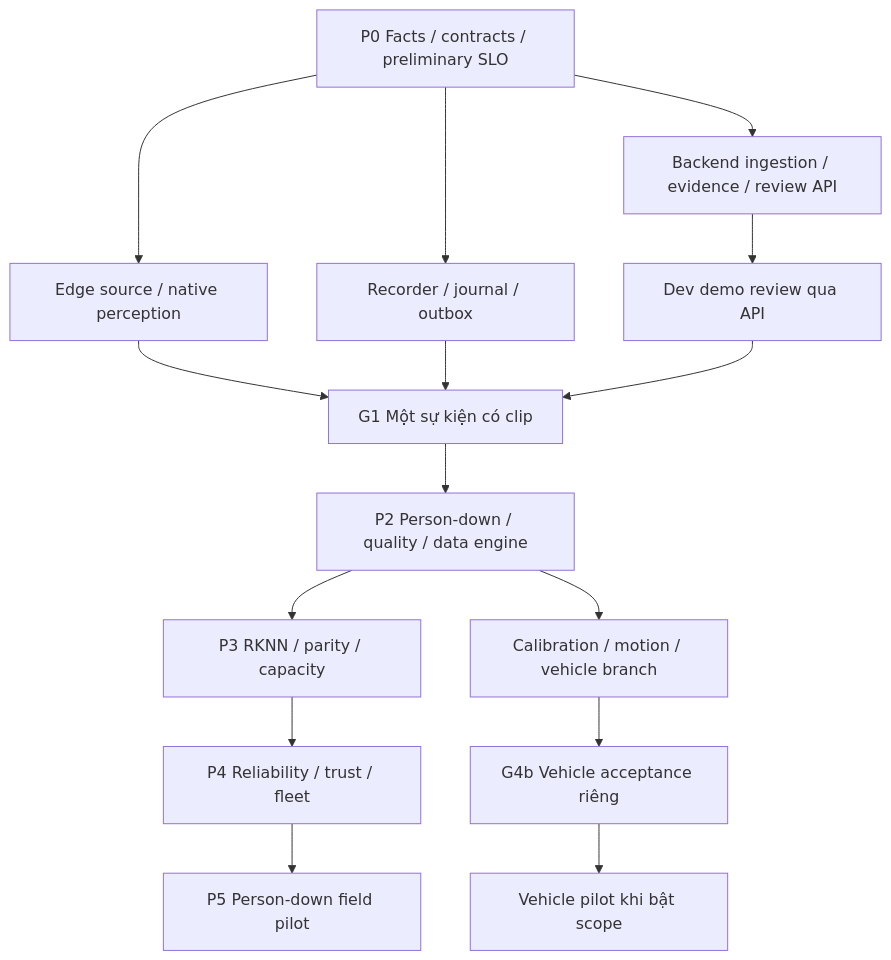
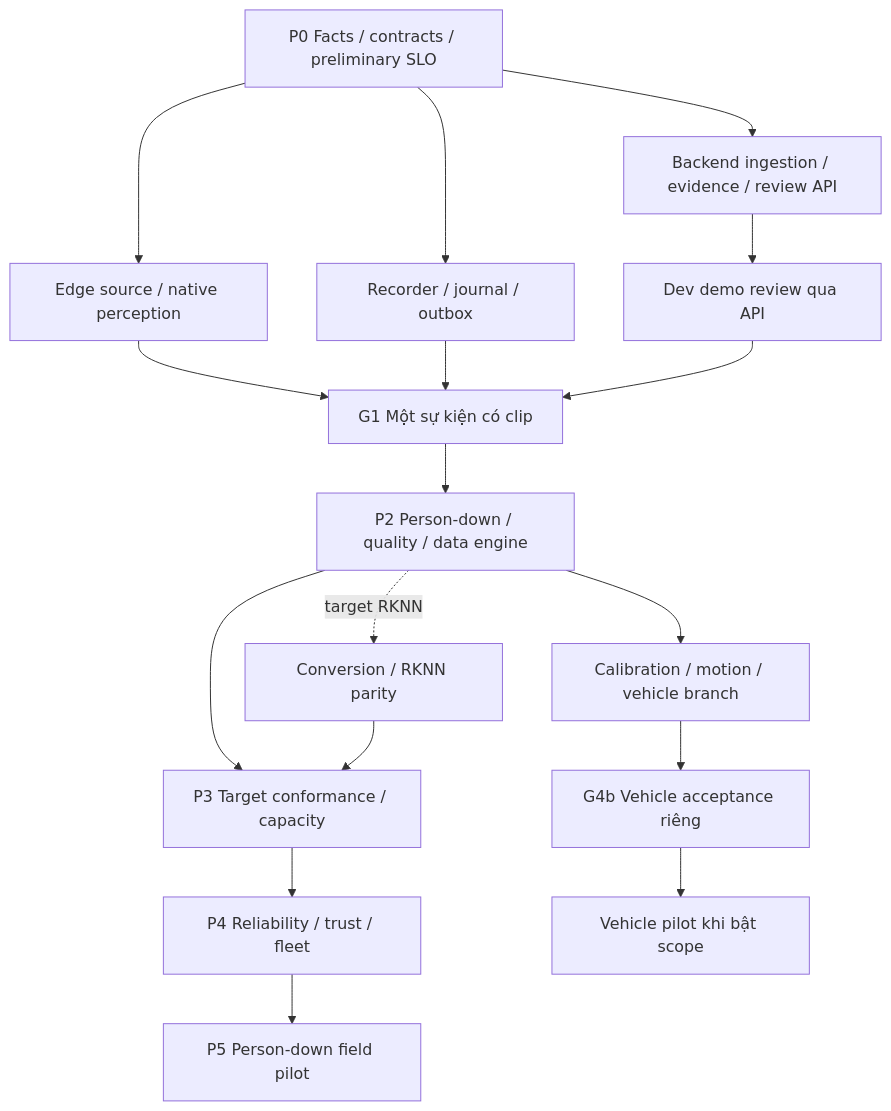
Before and after one commit to remiehneppo/ai-camera: the diagram in docs/architecture/implementation-plan.md, drawn with Mermaid. The commit also changed other lines of this file and 91 other files, not shown here.

````diff
--- a/docs/architecture/implementation-plan.md
+++ b/docs/architecture/implementation-plan.md
@@ -87,17 +87,19 @@
 ```mermaid
 flowchart TD
   P0[P0 Facts / contracts / preliminary SLO] --> E[Edge source / native perception]
   P0 --> R[Recorder / journal / outbox]
   P0 --> B[Backend ingestion / evidence / review API]
   B --> F[Dev demo review qua API]
   E --> G1[G1 Một sự kiện có clip]
   R --> G1
   F --> G1
   G1 --> P2[P2 Person-down / quality / data engine]
-  P2 --> P3[P3 RKNN / parity / capacity]
+  P2 --> P3[P3 Target conformance / capacity]
+  P2 -. target RKNN .-> RK[Conversion / RKNN parity]
+  RK --> P3
   P3 --> P4[P4 Reliability / trust / fleet]
   P2 --> V[Calibration / motion / vehicle branch]
   V --> G4B[G4b Vehicle acceptance riêng]
   P4 --> PILOT[P5 Person-down field pilot]
   G4B --> VP[Vehicle pilot khi bật scope]
 ```
````
